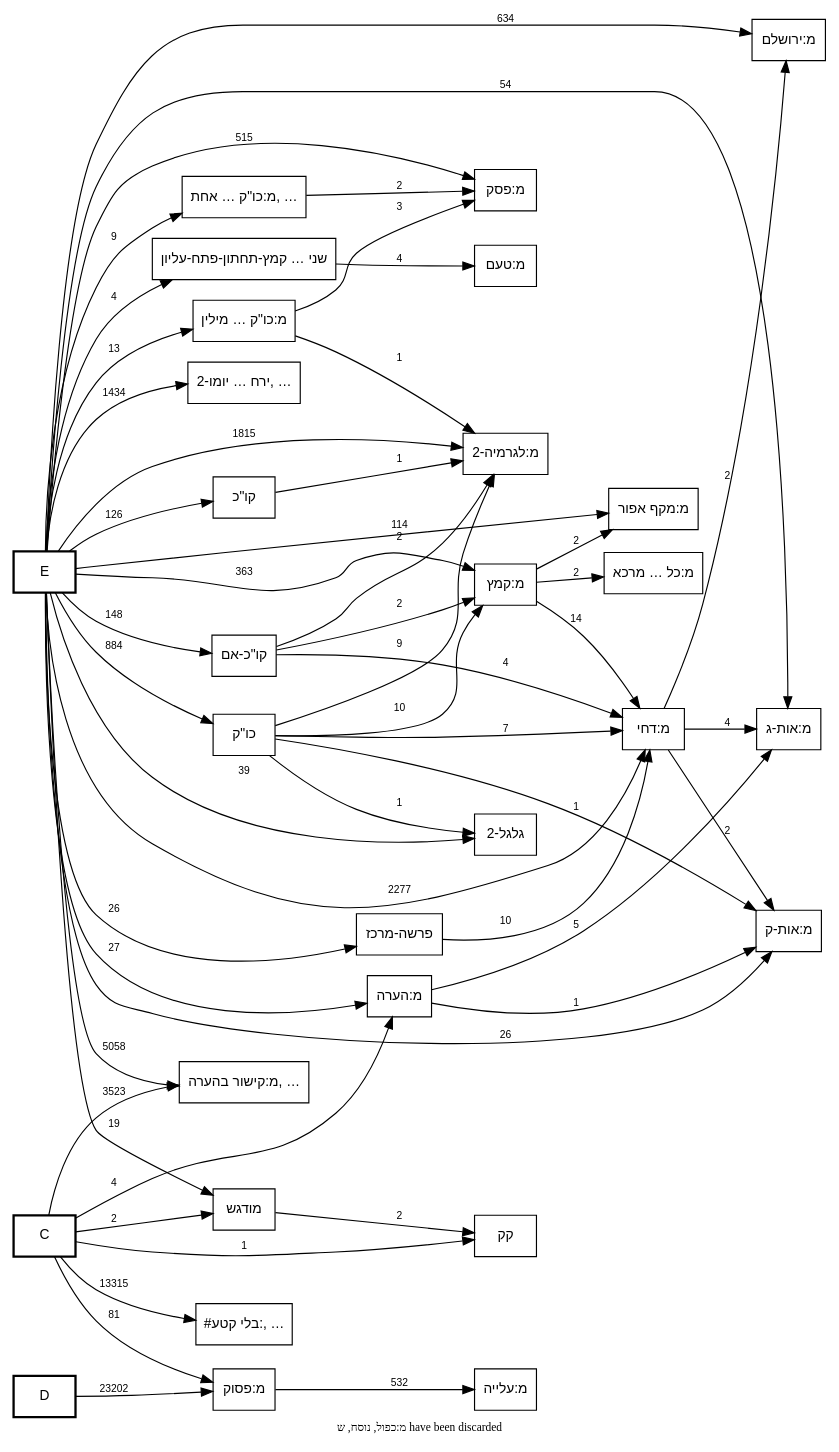
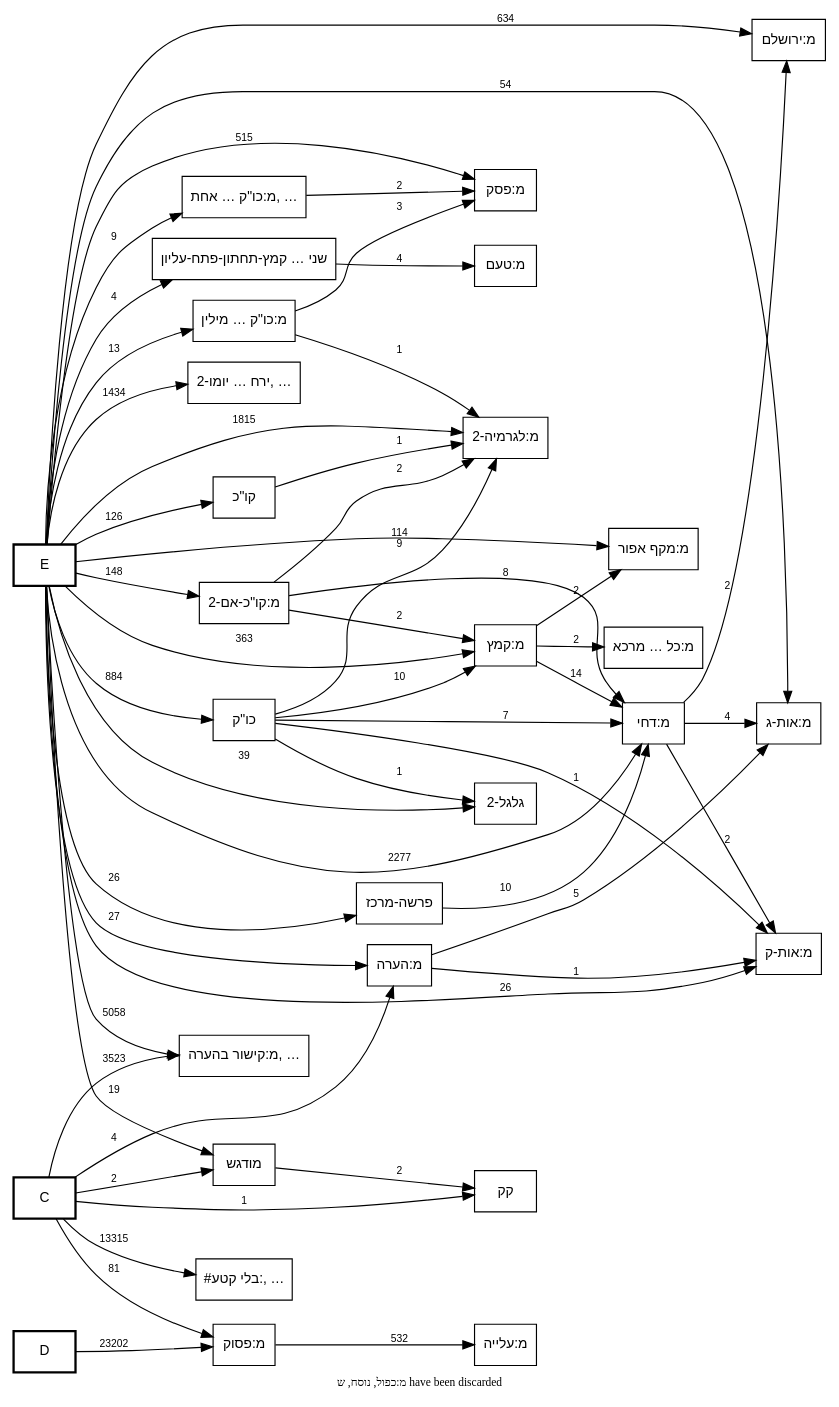
One commit to bdenckla/MAM-basics changed the diagram in out/MAM-tmpl-survey/plain-call-graph.dot. Above: the diagram before and after it, drawn with Graphviz. The commit also changed 19 other files, not shown here.

```diff
--- a/out/MAM-tmpl-survey/plain-call-graph.dot
+++ b/out/MAM-tmpl-survey/plain-call-graph.dot
@@ -1,164 +1,164 @@
 digraph template_call_graph {
     rankdir=LR;
     node [fontname="SBL Hebrew,Helvetica", fontsize=12];
     edge [fontname="Helvetica", fontsize=9];
 
     // Column nodes
     node [shape=box, style=bold];
     "C";
     "D";
     "E";
 
     // Template nodes
     node [shape=box, style=""];
     "#בלי קטע:, …" [tooltip="#בלי קטע:
 #בלי קטע:דברי הימים א טז/טעמים
 #בלי קטע:דברים לב/טעמים
 #בלי קטע:יהושע יב/טעמים
 #בלי קטע:מלכי כנען/צורת השיר
 #בלי קטע:עשרת בני המן/צורת השיר
 #בלי קטע:שופטים ה/טעמים
 #בלי קטע:שירת אסף/צורת השיר
 #בלי קטע:שירת דבורה/צורת השיר
 #בלי קטע:שירת דוד/צורת השיר
 #בלי קטע:שירת האזינו/צורת השיר
 #בלי קטע:שירת הים/צורת השיר
 #בלי קטע:שירת העתים/צורת השיר
 #בלי קטע:שמואל ב כב/טעמים
 #בלי קטע:שמות טו/טעמים
 #קטע:אסתר ט/טעמים
 #קטע:דברי הימים א טז/טעמים
 #קטע:דברים לב/טעמים
 #קטע:יהושע יב/טעמים
 #קטע:מלכי כנען/צורות נוספות
 #קטע:מלכי כנען/צורת השיר
 #קטע:עשרת בני המן/צורות נוספות
 #קטע:עשרת בני המן/צורת השיר
 #קטע:עשרת הדברות בסיס/טעמים
 #קטע:עשרת הדברות/טעמים
 #קטע:קהלת ג/טעמים
 #קטע:שירת אסף/צורות נוספות
 #קטע:שירת אסף/צורת השיר
 #קטע:שירת דבורה/צורות נוספות
 #קטע:שירת דבורה/צורת השיר
 #קטע:שירת דוד/צורות נוספות
 #קטע:שירת דוד/צורת השיר
 #קטע:שירת האזינו/צורות נוספות
 #קטע:שירת האזינו/צורת השיר
 #קטע:שירת הים/צורות נוספות
 #קטע:שירת הים/צורת השיר
 #קטע:שירת העתים/צורות נוספות
 #קטע:שירת העתים/צורת השיר
 #קטע:שמות טו/טעמים
 בסיס-משתמש
 טעמי המקרא באינטרנט
 מ:אין פרשה בתחילת פרק
 מ:אין פרשה בתחילת פרק בספרי אמ\"ת
 מ:אין רווח של פרשה בתחילת פרשת השבוע
 מ:טעמי המקרא
 מ:טעמי המקרא-סוף
 מ:יישור-בשני-הצדדים
 מ:יישור-בשני-הצדדים-סוף
 מ:סיום בטוב
 מ:ספר חדש
 מ:רווח בתרי עשר
 מ:רווח בתרי עשר בפסוק הראשון
 מ:רווח לספר בתהלים
 מ:רווח לספר בתהלים בפסוק הראשון
 מ:שוליים
 מ:שוליים-סוף
 ניווט טעמים
 עוגן בשורה
 צורות כתיבה בספרי אמ\"ת
 ר4"];
     "ירח … יומו-2, …" [tooltip="ירח בן יומו-2
 כתיב ולא קרי
 מ:אות מנוקדת
 מ:אות תלויה
 מ:גרש ותלישא גדולה
 מ:גרשיים ותלישא גדולה
 מ:טעם ומתג באות אחת
 מ:ירושלמה
 מ:כו\"ק בין שני מקפים
 מ:כו\"ק כתיב מילה חדה וקרי תרתין מילין בין שני מקפים
 מ:כו\"ק כתיב תרתין מילין וקרי מילה חדה
 מ:כו\"ק קרי שונה מהכתיב בשתי מילים
 מ:כו\"ק של שלוש מילים בהערה אחת
 מ:נו\"ן הפוכה
 מ:צינור
 מ:קו\"כ קרי שונה מהכתיב בשתי מילים
 מ:קישור פנימי בהערה
 קרי ולא כתיב
 ר0
 ר2
 ר3
 רווח בסוף שורה"];
     "מ:כו\"ק כתיב מילה חדה וקרי תרתין מילין" [label="מ:כו\"ק … מילין", tooltip="מ:כו\"ק כתיב מילה חדה וקרי תרתין מילין"];
     "מ:כו\"ק … אחת, …" [tooltip="מ:כו\"ק של שתי מילים בהערה אחת
 מ:קו\"כ כתיב מילה חדה וקרי תרתין מילין"];
     "מ:כל קמץ קטן מרכא" [label="מ:כל … מרכא", tooltip="מ:כל קמץ קטן מרכא"];
     "מ:קישור בהערה, …" [tooltip="מ:קישור בהערה
 מ:ששש
 סס
 ססס
 פפ
 פפפ
 ר1"];
     "שני טעמים באות אחת קמץ-תחתון-פתח-עליון" [label="שני … קמץ-תחתון-פתח-עליון", tooltip="שני טעמים באות אחת קמץ-תחתון-פתח-עליון"];
 
     // Note
     graph [label="מ:כפול, נוסח, ש have been discarded", labelloc=b, fontsize=10];
 
     // Edges
     "C" -> "#בלי קטע:, …" [label="13315"];
     "C" -> "מ:הערה" [label="4"];
     "C" -> "מ:פסוק" [label="81"];
     "C" -> "מ:קישור בהערה, …" [label="3523"];
     "C" -> "מודגש" [label="2"];
     "C" -> "קק" [label="1"];
     "D" -> "מ:פסוק" [label="23202"];
     "E" -> "גלגל-2" [label="39"];
     "E" -> "ירח … יומו-2, …" [label="1434"];
     "E" -> "כו\"ק" [label="884"];
     "E" -> "מ:אות-ג" [label="54"];
     "E" -> "מ:אות-ק" [label="26"];
     "E" -> "מ:דחי" [label="2277"];
     "E" -> "מ:הערה" [label="27"];
     "E" -> "מ:ירושלם" [label="634"];
     "E" -> "מ:כו\"ק כתיב מילה חדה וקרי תרתין מילין" [label="13"];
     "E" -> "מ:כו\"ק … אחת, …" [label="9"];
     "E" -> "מ:לגרמיה-2" [label="1815"];
     "E" -> "מ:מקף אפור" [label="114"];
     "E" -> "מ:פסק" [label="515"];
+    "E" -> "מ:קו\"כ-אם-2" [label="148"];
     "E" -> "מ:קישור בהערה, …" [label="5058"];
     "E" -> "מ:קמץ" [label="363"];
     "E" -> "מודגש" [label="19"];
     "E" -> "פרשה-מרכז" [label="26"];
     "E" -> "קו\"כ" [label="126"];
-    "E" -> "קו\"כ-אם" [label="148"];
     "E" -> "שני טעמים באות אחת קמץ-תחתון-פתח-עליון" [label="4"];
     "כו\"ק" -> "גלגל-2" [label="1"];
     "כו\"ק" -> "מ:אות-ק" [label="1"];
     "כו\"ק" -> "מ:דחי" [label="7"];
     "כו\"ק" -> "מ:לגרמיה-2" [label="9"];
     "כו\"ק" -> "מ:קמץ" [label="10"];
     "מ:דחי" -> "מ:אות-ג" [label="4"];
     "מ:דחי" -> "מ:אות-ק" [label="2"];
     "מ:דחי" -> "מ:ירושלם" [label="2"];
     "מ:הערה" -> "מ:אות-ג" [label="5"];
     "מ:הערה" -> "מ:אות-ק" [label="1"];
     "מ:כו\"ק כתיב מילה חדה וקרי תרתין מילין" -> "מ:לגרמיה-2" [label="1"];
     "מ:כו\"ק כתיב מילה חדה וקרי תרתין מילין" -> "מ:פסק" [label="3"];
     "מ:כו\"ק … אחת, …" -> "מ:פסק" [label="2"];
     "מ:פסוק" -> "מ:עלייה" [label="532"];
+    "מ:קו\"כ-אם-2" -> "מ:דחי" [label="8"];
+    "מ:קו\"כ-אם-2" -> "מ:לגרמיה-2" [label="2"];
+    "מ:קו\"כ-אם-2" -> "מ:קמץ" [label="2"];
     "מ:קמץ" -> "מ:דחי" [label="14"];
     "מ:קמץ" -> "מ:כל קמץ קטן מרכא" [label="2"];
     "מ:קמץ" -> "מ:מקף אפור" [label="2"];
     "מודגש" -> "קק" [label="2"];
     "פרשה-מרכז" -> "מ:דחי" [label="10"];
     "קו\"כ" -> "מ:לגרמיה-2" [label="1"];
-    "קו\"כ-אם" -> "מ:דחי" [label="4"];
-    "קו\"כ-אם" -> "מ:לגרמיה-2" [label="2"];
-    "קו\"כ-אם" -> "מ:קמץ" [label="2"];
     "שני טעמים באות אחת קמץ-תחתון-פתח-עליון" -> "מ:טעם" [label="4"];
 }
```
